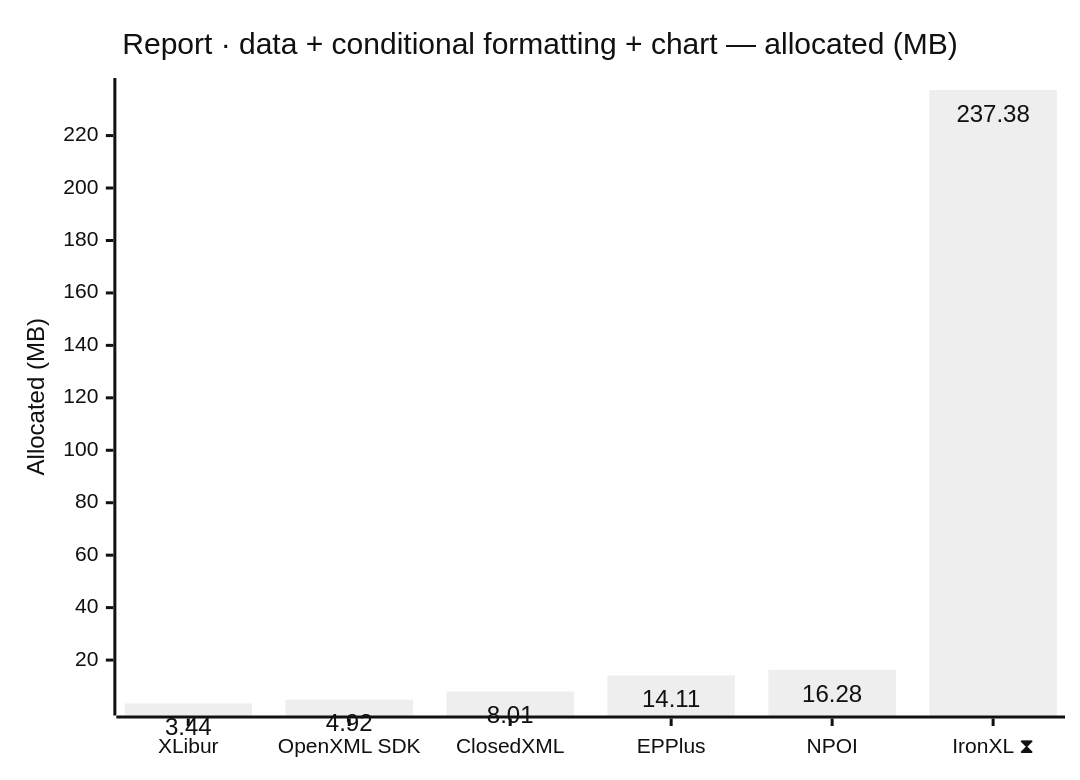
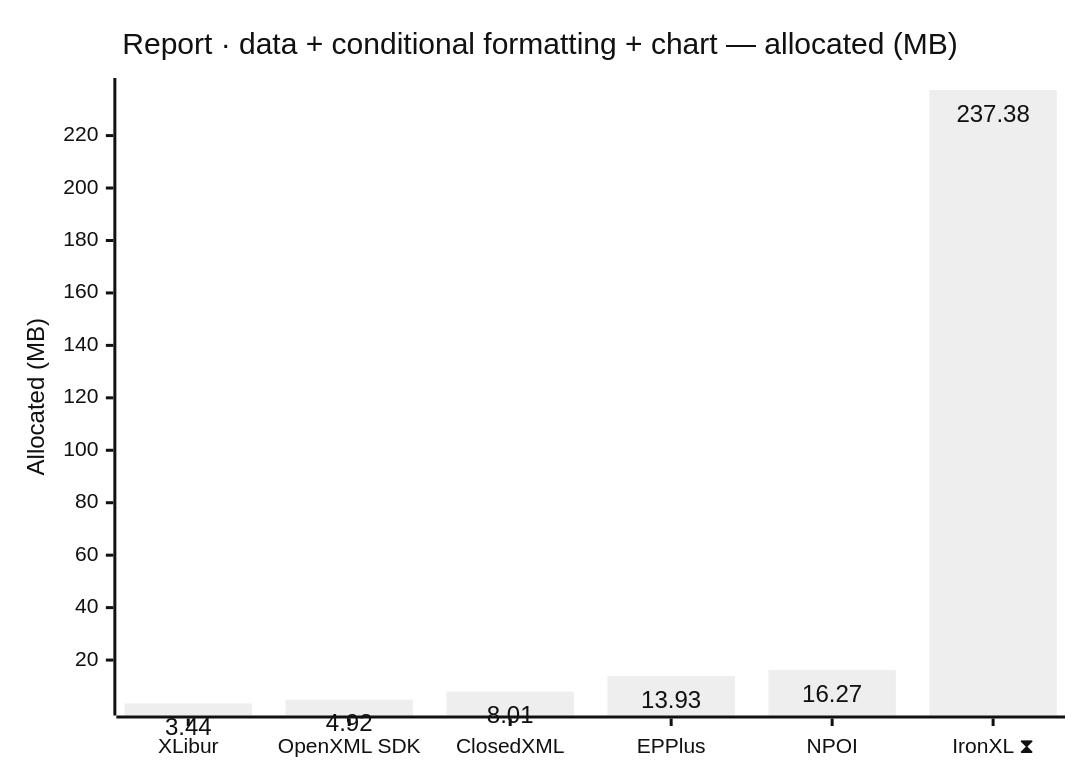
One commit to jafin/XLBench changed the eighth of 12 diagrams in docs/results-ci.md. Above: the diagram before and after it, drawn with Mermaid (neutral theme). The commit also changed other lines of this file, not shown here.

````diff
--- a/docs/results-ci.md
+++ b/docs/results-ci.md
@@ -132,12 +132,12 @@
 ```mermaid
 ---
 config:
   xyChart:
     showDataLabel: true
 ---
 xychart-beta
     title "Report · data + conditional formatting + chart — allocated (MB)"
     x-axis ["XLibur", "OpenXML SDK", "ClosedXML", "EPPlus", "NPOI", "IronXL ⧗"]
     y-axis "Allocated (MB)"
-    bar [3.44, 4.92, 8.01, 14.11, 16.28, 237.38]
+    bar [3.44, 4.92, 8.01, 13.93, 16.27, 237.38]
 ```
````
